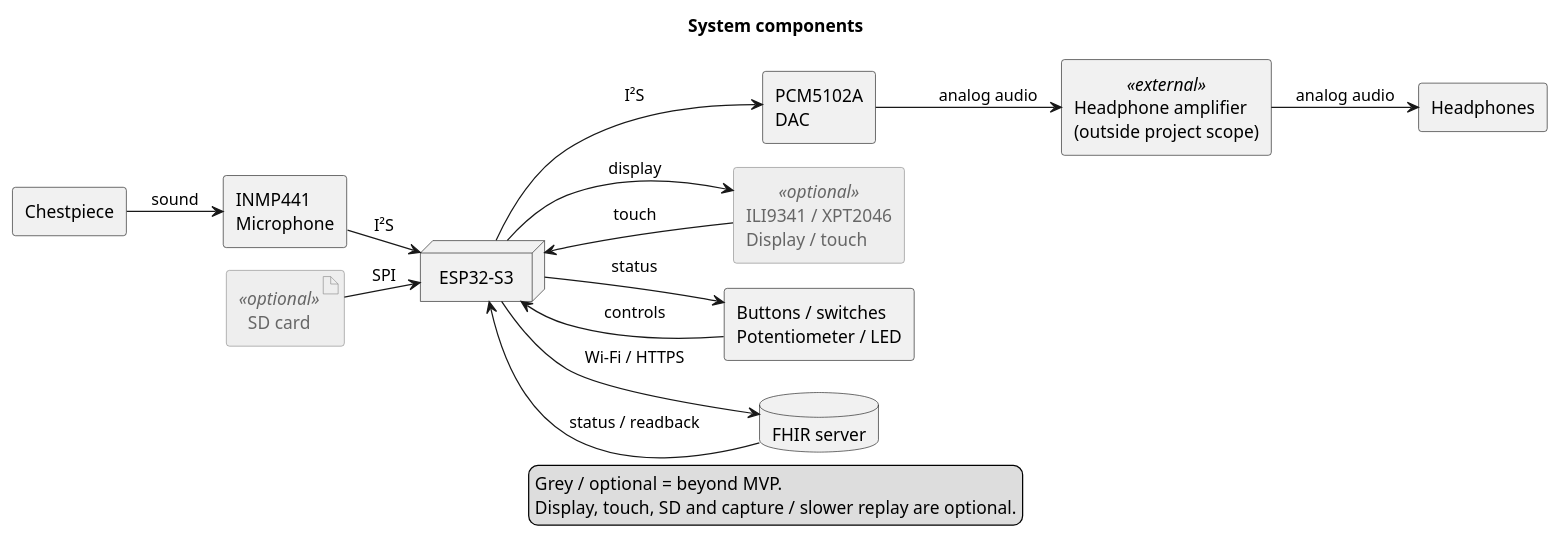
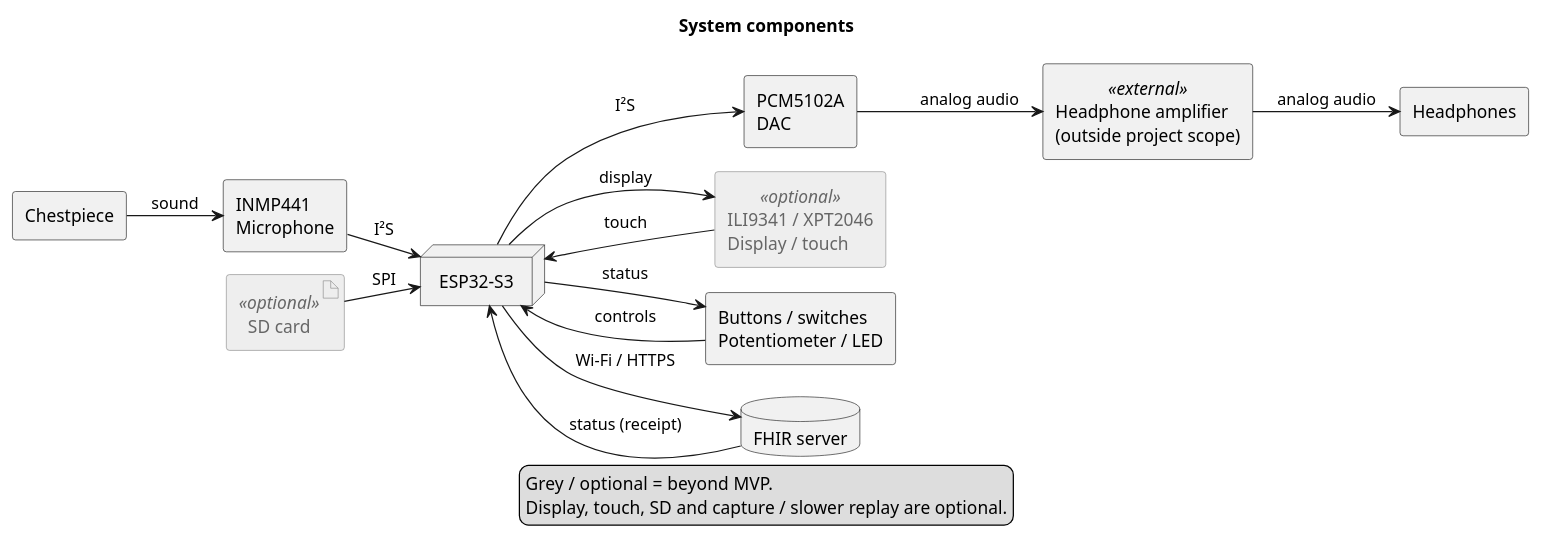
Before and after one commit to DemonicPsychoII/DigitalStethoscope: the diagram in Development/system/architecture/system-components.puml, drawn with PlantUML. The commit also changed 33 other files, not shown here.

```diff
--- a/Development/system/architecture/system-components.puml
+++ b/Development/system/architecture/system-components.puml
@@ -1,44 +1,44 @@
 @startuml system_components
 !pragma layout smetana
 skinparam shadowing false
 skinparam component {
  BackgroundColor<<optional>> #EEEEEE
  BorderColor<<optional>> #888888
  FontColor<<optional>> #666666
 }
 skinparam artifact {
  BackgroundColor<<optional>> #EEEEEE
  BorderColor<<optional>> #888888
  FontColor<<optional>> #666666
 }
 skinparam componentStyle rectangle
 skinparam defaultFontName SansSerif
 title System components
 left to right direction
 component "Chestpiece" as chest
 component "INMP441\nMicrophone" as mic
 node "ESP32-S3" as cpu
 component "PCM5102A\nDAC" as dac
 component "Headphone amplifier\n(outside project scope)" as amp <<external>>
 component "Headphones" as hp
 component "ILI9341 / XPT2046\nDisplay / touch" as ui <<optional>>
 component "Buttons / switches\nPotentiometer / LED" as controls
 artifact "SD card" as sd <<optional>>
 database "FHIR server" as server
 chest --> mic : sound
 mic --> cpu : I²S
 cpu --> dac : I²S
 dac --> amp : analog audio
 amp --> hp : analog audio
 controls --> cpu : controls
 cpu --> controls : status
 ui --> cpu : touch
 cpu --> ui : display
 sd --> cpu : SPI
 cpu --> server : Wi-Fi / HTTPS
-server --> cpu : status / readback
+server --> cpu : status (receipt)
 legend bottom
   Grey / optional = beyond MVP.
   Display, touch, SD and capture / slower replay are optional.
 endlegend
 @enduml
```
